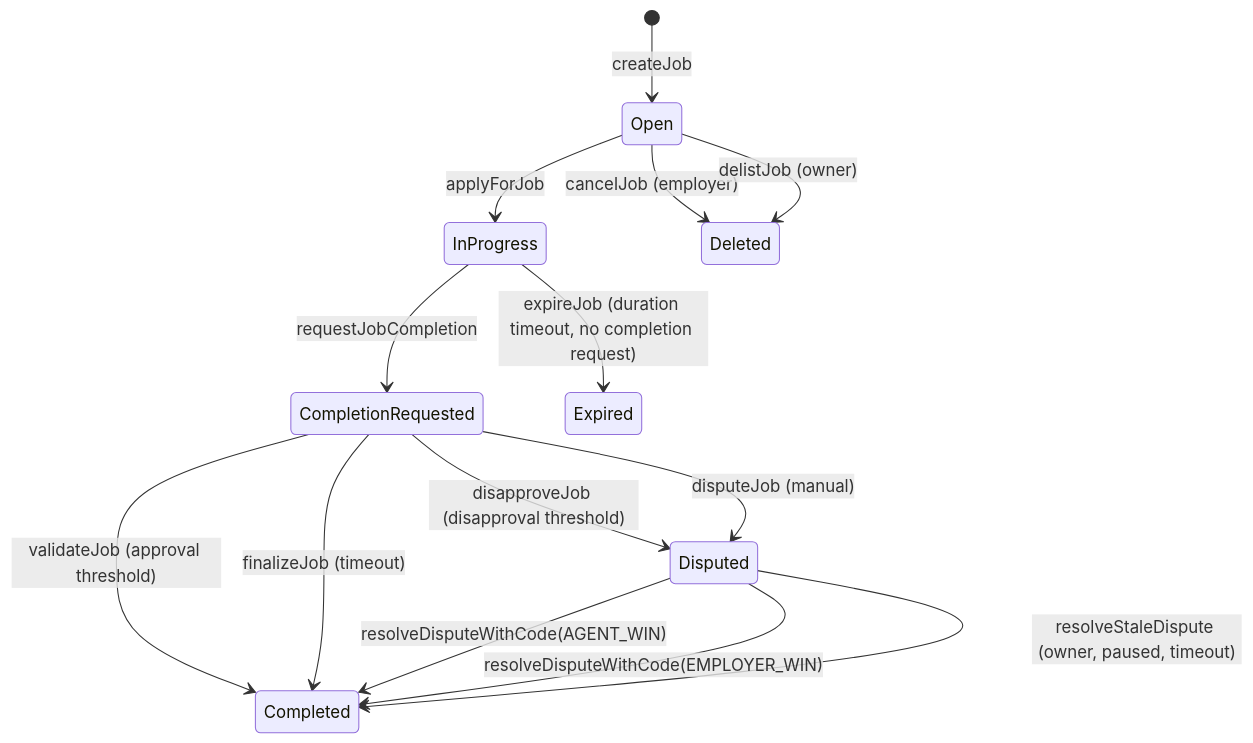
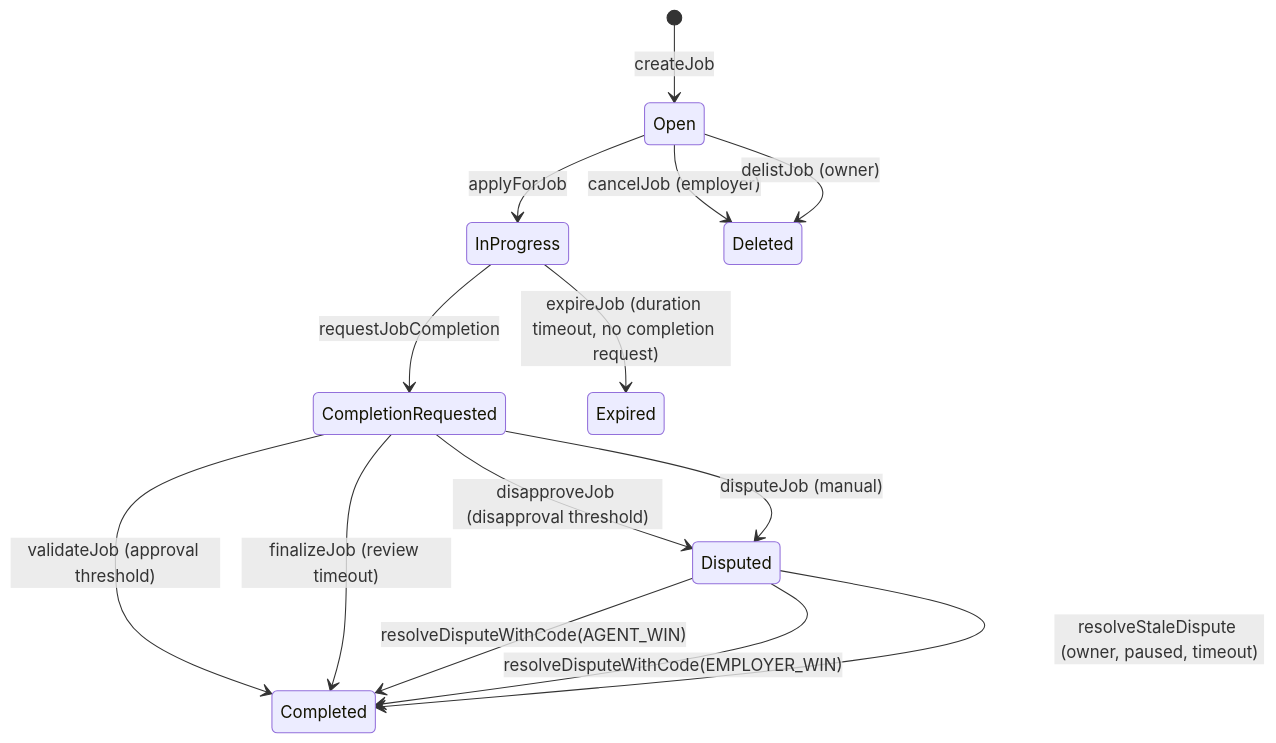
One commit to MontrealAI/AGIJobManager changed the diagram in docs/AGIJobManager.md. Above: the diagram before and after it, drawn with Mermaid. The commit also changed other lines of this file and 5 other files, not shown here.

````diff
--- a/docs/AGIJobManager.md
+++ b/docs/AGIJobManager.md
@@ -40,21 +62,21 @@
 ```mermaid
 stateDiagram-v2
     [*] --> Open: createJob
     Open --> InProgress: applyForJob
     InProgress --> CompletionRequested: requestJobCompletion
 
     CompletionRequested --> Completed: validateJob (approval threshold)
-    CompletionRequested --> Completed: finalizeJob (timeout)
+    CompletionRequested --> Completed: finalizeJob (review timeout)
 
     CompletionRequested --> Disputed: disapproveJob (disapproval threshold)
     CompletionRequested --> Disputed: disputeJob (manual)
 
     Disputed --> Completed: resolveDisputeWithCode(AGENT_WIN)
     Disputed --> Completed: resolveDisputeWithCode(EMPLOYER_WIN)
     Disputed --> Completed: resolveStaleDispute (owner, paused, timeout)
 
     InProgress --> Expired: expireJob (duration timeout, no completion request)
 
     Open --> Deleted: cancelJob (employer)
     Open --> Deleted: delistJob (owner)
 ```
````
